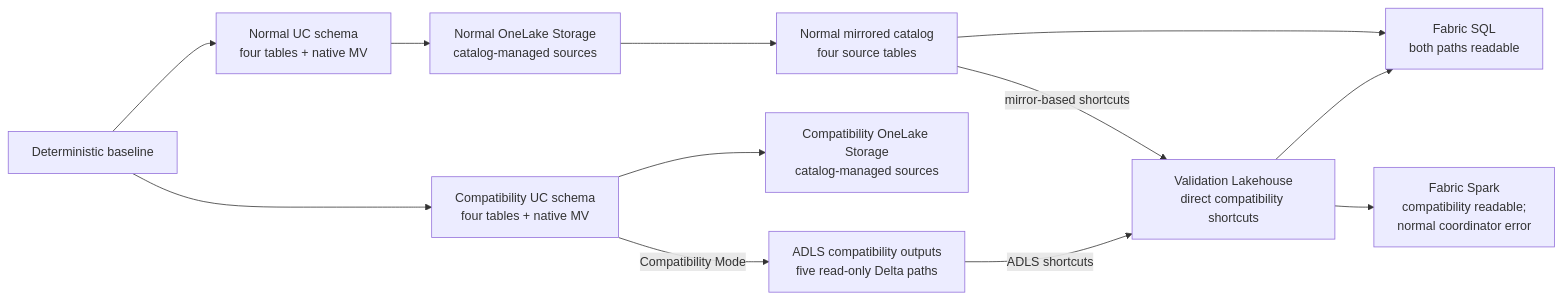
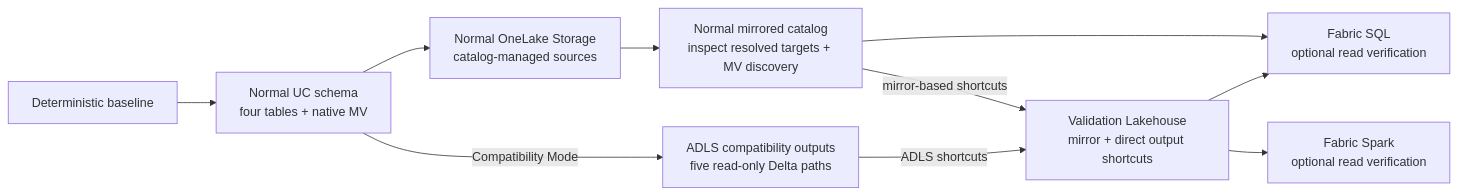
The diagram in demos/compatibility-mode/architecture.mmd (kuby49/databricks_fabric_interop_demos), drawn with Mermaid before and after one commit. The commit also changed 16 other files, not shown here.

First line of the commit message:
Use a single normal producer for Compatibility Mode

```diff
--- a/demos/compatibility-mode/architecture.mmd
+++ b/demos/compatibility-mode/architecture.mmd
@@ -1,22 +1,18 @@
 flowchart LR
   GEN["Deterministic baseline"]
   NC["Normal UC schema<br/>four tables + native MV"]
-  CC["Compatibility UC schema<br/>four tables + native MV"]
   NS["Normal OneLake Storage<br/>catalog-managed sources"]
-  CS["Compatibility OneLake Storage<br/>catalog-managed sources"]
   OUT["ADLS compatibility outputs<br/>five read-only Delta paths"]
-  NM["Normal mirrored catalog<br/>four source tables"]
-  LH["Validation Lakehouse<br/>direct compatibility shortcuts"]
-  SQL["Fabric SQL<br/>both paths readable"]
-  SP["Fabric Spark<br/>compatibility readable;<br/>normal coordinator error"]
+  NM["Normal mirrored catalog<br/>inspect resolved targets + MV discovery"]
+  LH["Validation Lakehouse<br/>mirror + direct output shortcuts"]
+  SQL["Fabric SQL<br/>optional read verification"]
+  SP["Fabric Spark<br/>optional read verification"]
   GEN --> NC
-  GEN --> CC
   NC --> NS
-  CC --> CS
-  CC -->|"Compatibility Mode"| OUT
+  NC -->|"Compatibility Mode"| OUT
   NS --> NM
   NM --> SQL
   NM -->|"mirror-based shortcuts"| LH
   OUT -->|"ADLS shortcuts"| LH
   LH --> SQL
   LH --> SP
```
